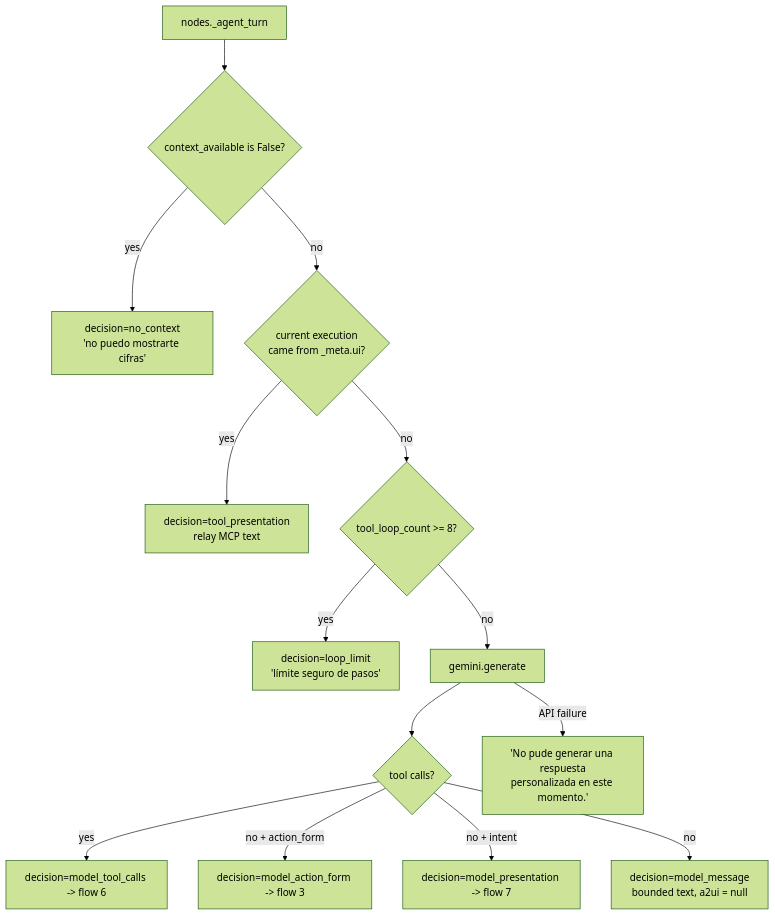
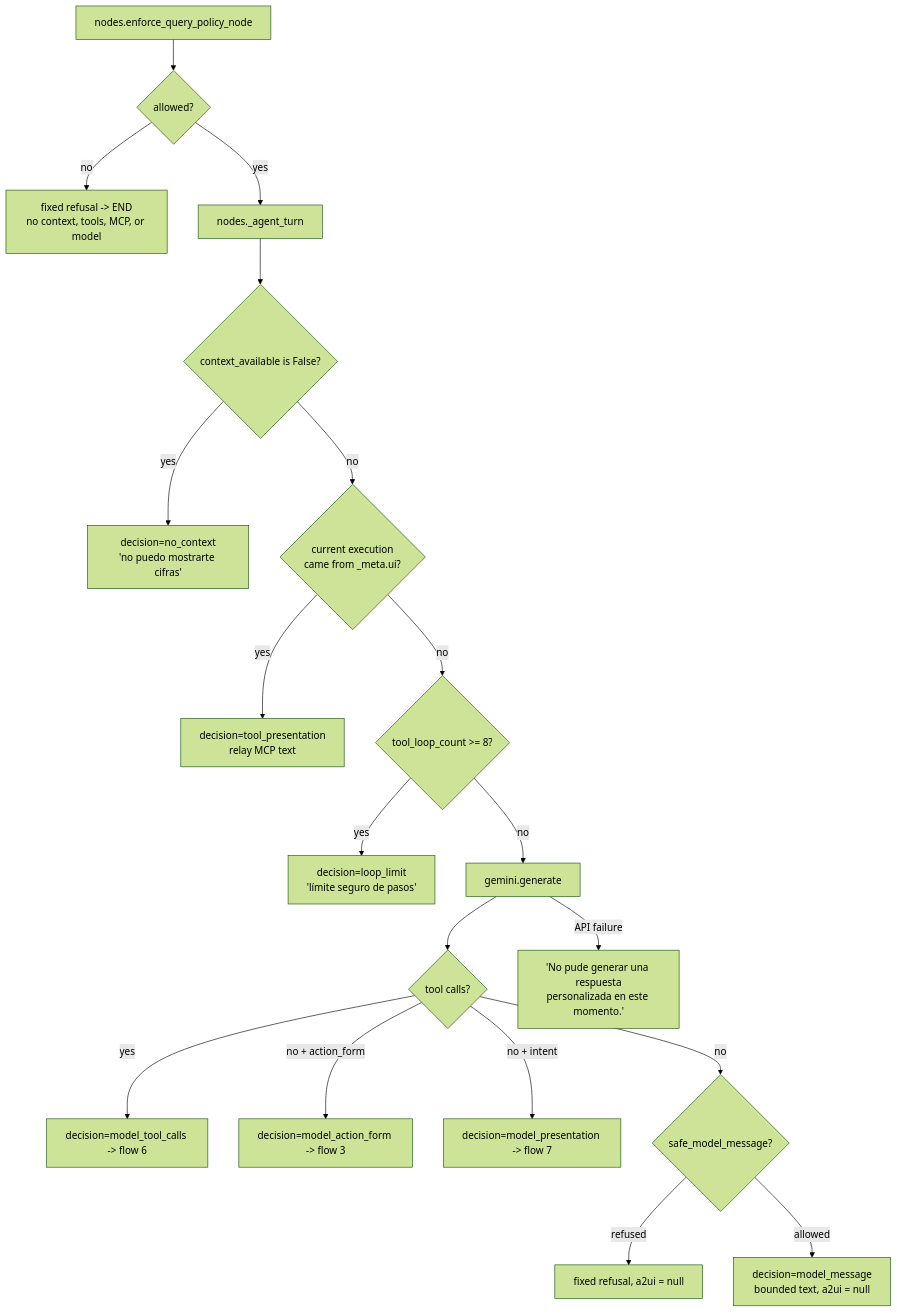
Diagram 11 of 11 in docs/FLOWS.md (JpAboytes/hackmty2026-agent), drawn with Mermaid (forest theme) before and after one commit. The commit also changed other lines of this file and 14 other files, not shown here.

````diff
--- a/docs/FLOWS.md
+++ b/docs/FLOWS.md
@@ -465,16 +482,21 @@
 ```mermaid
 flowchart TD
-  A[nodes._agent_turn] --> B{context_available is False?}
+  P[nodes.enforce_query_policy_node] --> Q{allowed?}
+  Q -->|no| R[fixed refusal -> END<br/>no context, tools, MCP, or model]
+  Q -->|yes| A[nodes._agent_turn]
+  A --> B{context_available is False?}
   B -->|yes| C["decision=no_context<br/>'no puedo mostrarte cifras'"]
   B -->|no| D{current execution<br/>came from _meta.ui?}
   D -->|yes| E[decision=tool_presentation<br/>relay MCP text]
   D -->|no| F{tool_loop_count >= 8?}
   F -->|yes| G[decision=loop_limit<br/>'límite seguro de pasos']
   F -->|no| H[gemini.generate]
   H --> I{tool calls?}
   I -->|yes| J[decision=model_tool_calls -> flow 6]
   I -->|no + action_form| K[decision=model_action_form -> flow 3]
   I -->|no + intent| L[decision=model_presentation -> flow 7]
-  I -->|no| M[decision=model_message<br/>bounded text, a2ui = null]
+  I -->|no| O{safe_model_message?}
+  O -->|refused| R2[fixed refusal, a2ui = null]
+  O -->|allowed| M[decision=model_message<br/>bounded text, a2ui = null]
   H -->|API failure| N["'No pude generar una respuesta<br/>personalizada en este momento.'"]
 ```
````
